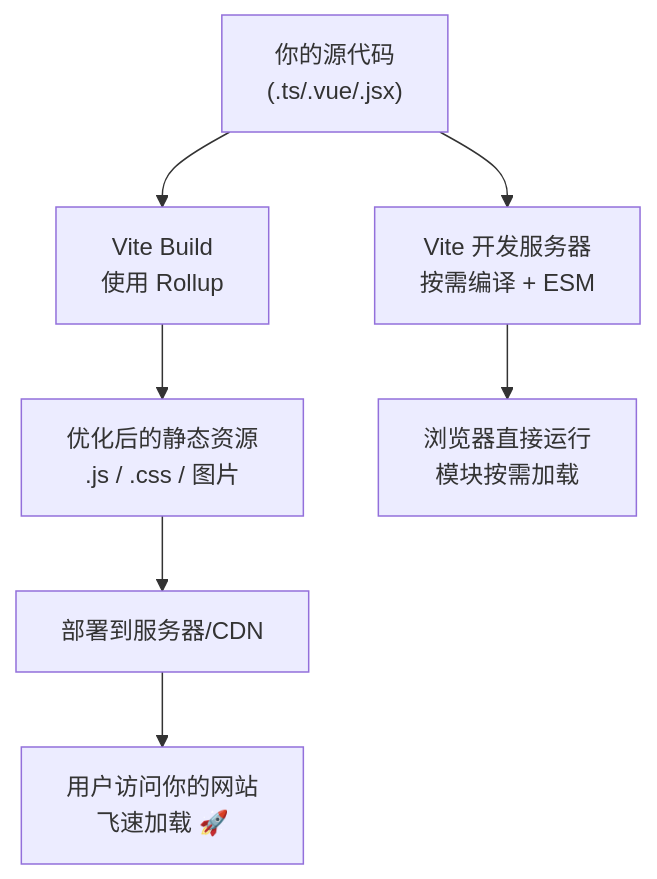
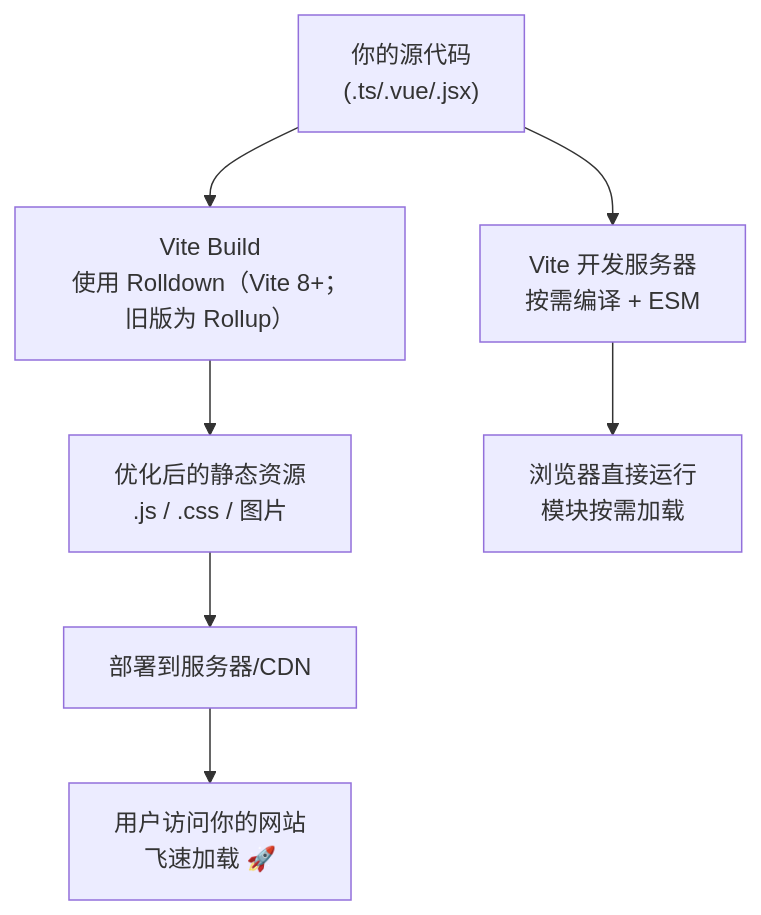
One commit to before80/prgms changed the second of 5 diagrams in content/Js/tools/build/vite/Chapter-01-Knowing-Vite.md. Above: the diagram before and after it, drawn with Mermaid. The commit also changed other lines of this file and 4787 other files, not shown here.

````diff
--- a/content/Js/tools/build/vite/Chapter-01-Knowing-Vite.md
+++ b/content/Js/tools/build/vite/Chapter-01-Knowing-Vite.md
@@ -118,10 +123,10 @@
 ```mermaid
 flowchart TD
     A["你的源代码<br/>(.ts/.vue/.jsx)"] --> B["Vite 开发服务器<br/>按需编译 + ESM"]
-    A --> C["Vite Build<br/>使用 Rollup"]
+    A --> C["Vite Build<br/>使用 Rolldown（Vite 8+；旧版为 Rollup）"]
     C --> D["优化后的静态资源<br/>.js / .css / 图片"]
     D --> E["部署到服务器/CDN"]
     
     B --> F["浏览器直接运行<br/>模块按需加载"]
     E --> G["用户访问你的网站<br/>飞速加载 🚀"]
 ```
````
